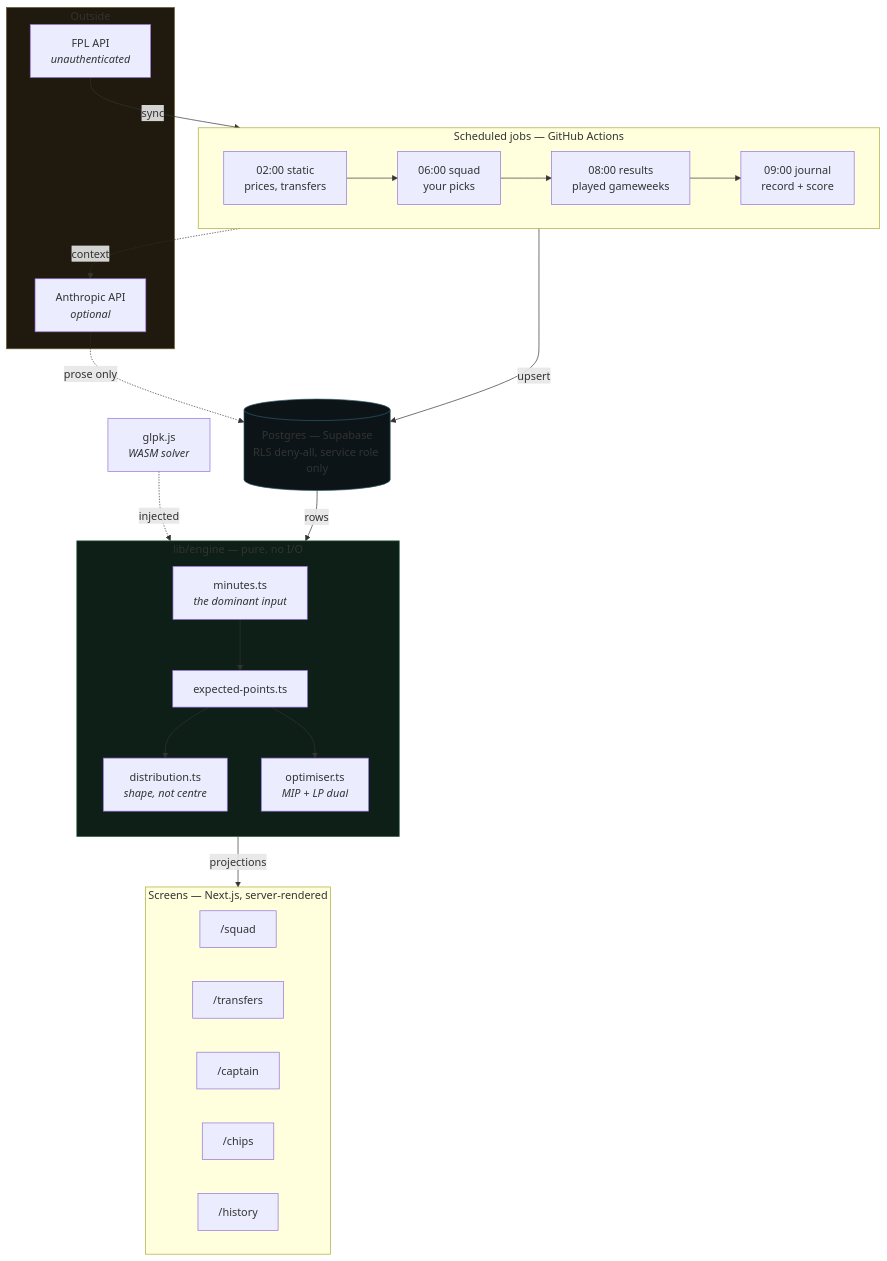
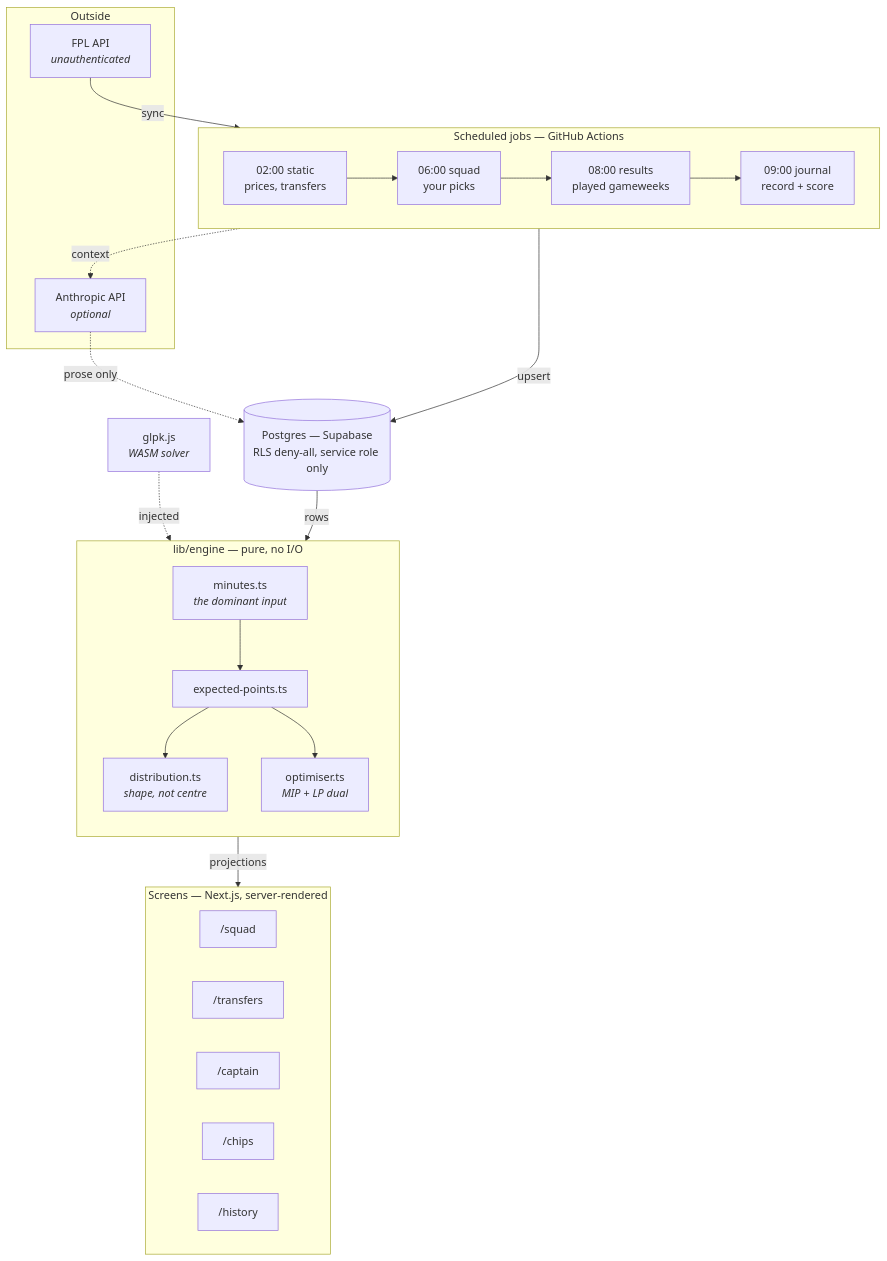
The diagram in README.md (BrijeshPujara/fpl-edge), drawn with Mermaid before and after one commit. The commit also changed other lines of this file, not shown here.

Commit message:
fix(docs): let the diagram follow the reader's theme
The Mermaid block carried hardcoded dark fills, which assumed the theme
this project uses rather than the one the reader has. GitHub renders
Mermaid in the viewer's theme, so on light mode the subgraph labels came
out dark-on-dark: "Outside" and "lib/engine — pure, no I/O" were
invisible, and the Postgres node was unreadable.

Caught by looking at the rendered page rather than the source. The
default theme adapts to both, so the styling is gone rather than
duplicated per theme.

````diff
--- a/README.md
+++ b/README.md
@@ -39,51 +39,47 @@
 ```mermaid
 flowchart TB
     subgraph external["Outside"]
         FPL["FPL API<br/><i>unauthenticated</i>"]
         LLM["Anthropic API<br/><i>optional</i>"]
     end
 
     subgraph jobs["Scheduled jobs — GitHub Actions"]
         direction LR
         J1["02:00 static<br/>prices, transfers"]
         J2["06:00 squad<br/>your picks"]
         J3["08:00 results<br/>played gameweeks"]
         J4["09:00 journal<br/>record + score"]
         J1 --> J2 --> J3 --> J4
     end
 
     DB[("Postgres — Supabase<br/>RLS deny-all, service role only")]
 
     subgraph engine["lib/engine — pure, no I/O"]
         direction TB
         MIN["minutes.ts<br/><i>the dominant input</i>"]
         EP["expected-points.ts"]
         DIST["distribution.ts<br/><i>shape, not centre</i>"]
         OPT["optimiser.ts<br/><i>MIP + LP dual</i>"]
         MIN --> EP
         EP --> DIST
         EP --> OPT
     end
 
     subgraph screens["Screens — Next.js, server-rendered"]
         direction LR
         S1["/squad"]
         S2["/transfers"]
         S3["/captain"]
         S4["/chips"]
         S5["/history"]
     end
 
     FPL -->|"sync"| jobs
     jobs -->|"upsert"| DB
     DB -->|"rows"| engine
     engine -->|"projections"| screens
     J4 -.->|"context"| LLM
     LLM -.->|"prose only"| DB
 
     GLPK["glpk.js<br/><i>WASM solver</i>"] -.->|"injected"| OPT
-
-    style engine fill:#0d1f17,stroke:#2f6b4f
-    style external fill:#1f1a0d,stroke:#6b5a2f
-    style DB fill:#0d1417,stroke:#2f5a6b
 ```
````
